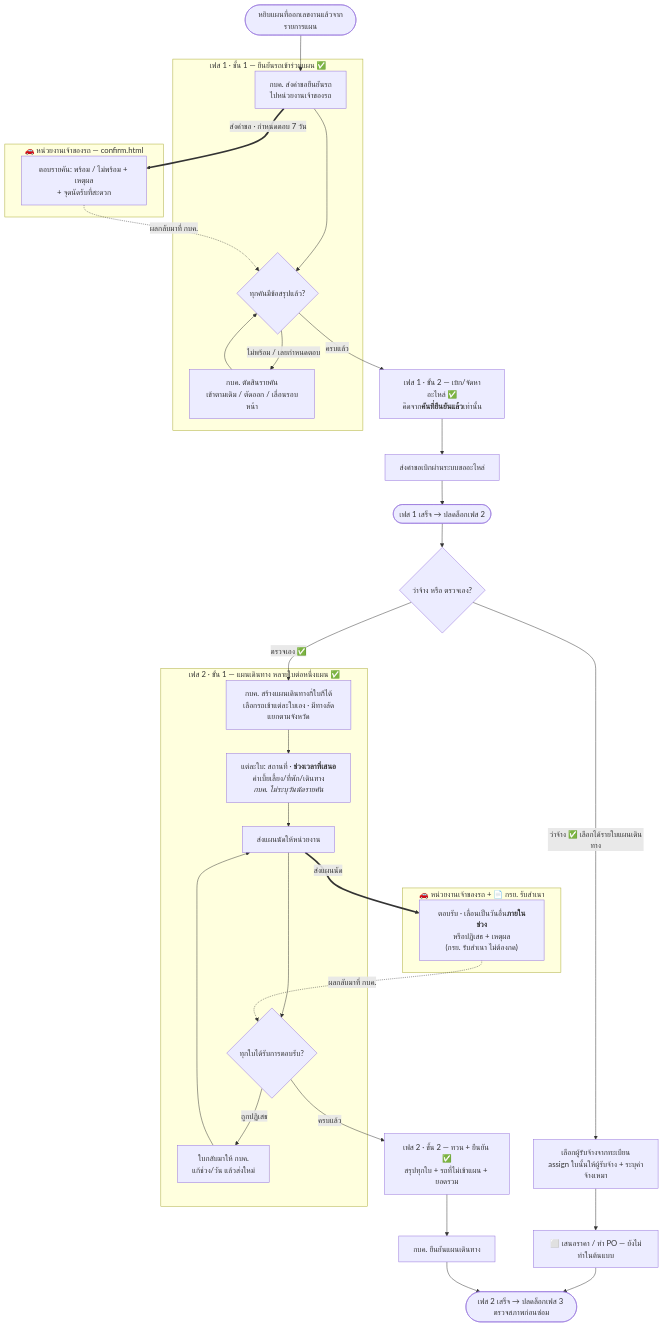
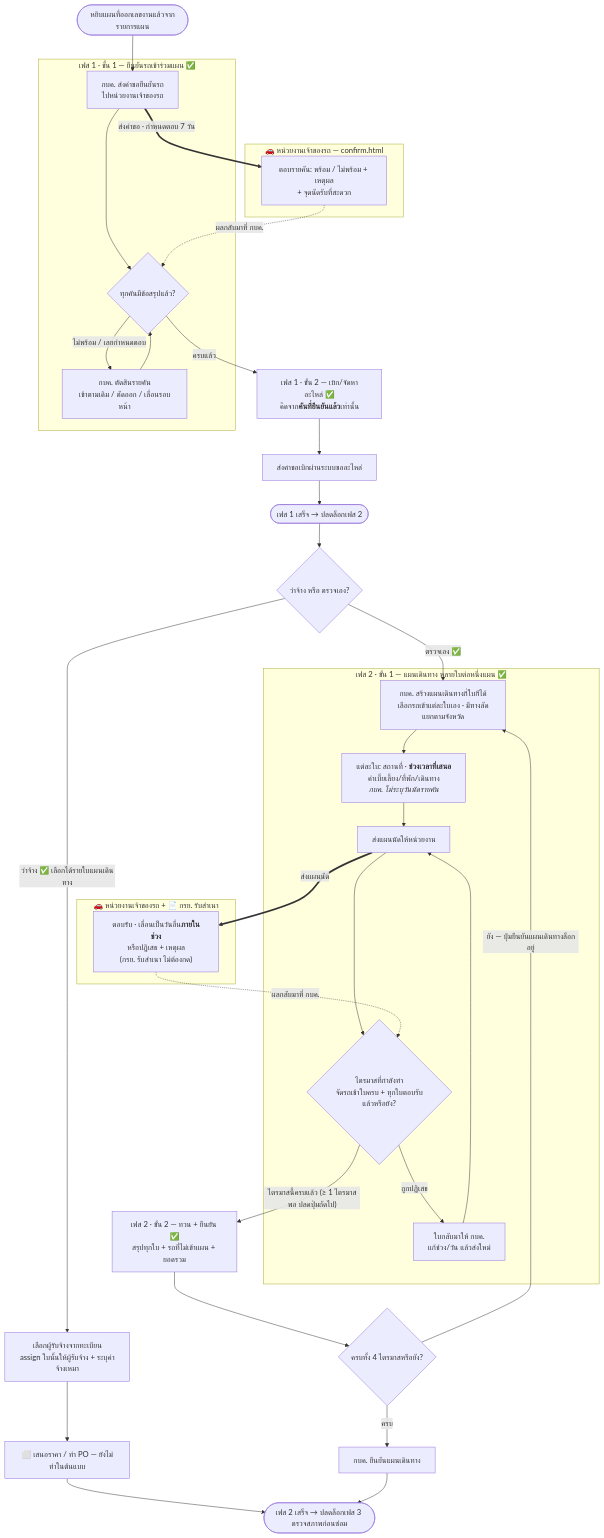
The diagram in Diagram/01-บำรุงรักษาตามวาระ/02-เฟส1-ยืนยันรถ-เบิกจัดหา-แผนเดินทาง.md (anugmail/Maintenance-Request-Form), drawn with Mermaid before and after one commit. The commit also changed other lines of this file and 14 other files, not shown here.

````diff
--- a/Diagram/01-บำรุงรักษาตามวาระ/02-เฟส1-ยืนยันรถ-เบิกจัดหา-แผนเดินทาง.md
+++ b/Diagram/01-บำรุงรักษาตามวาระ/02-เฟส1-ยืนยันรถ-เบิกจัดหา-แผนเดินทาง.md
@@ -44,45 +44,47 @@
 ```mermaid
 flowchart TB
     S(["หยิบแผนที่ออกเลขงานแล้วจากรายการแผน"]) --> V1[กบค. ส่งคำขอยืนยันรถ<br/>ไปหน่วยงานเจ้าของรถ]
 
     subgraph CONF["เฟส 1 · ขั้น 1 — ยืนยันรถเข้าร่วมแผน ✅"]
         V1 --> V2{ทุกคันมีข้อสรุปแล้ว?}
         V2 -->|"ไม่พร้อม / เลยกำหนดตอบ"| V3["กบค. ตัดสินรายคัน<br/>เข้าตามเดิม / ตัดออก / เลื่อนรอบหน้า"]
         V3 --> V2
     end
 
     subgraph SRC1["🚗 หน่วยงานเจ้าของรถ — confirm.html"]
         R1["ตอบรายคัน: พร้อม / ไม่พร้อม + เหตุผล<br/>+ จุดนัดรับที่สะดวก"]
     end
 
     V1 ==>|"ส่งคำขอ · กำหนดตอบ 7 วัน"| R1
     R1 -.->|"ผลกลับมาที่ กบค."| V2
 
     V2 -->|ครบแล้ว| P1[เฟส 1 · ขั้น 2 — เบิก/จัดหาอะไหล่ ✅<br/>คิดจาก<b>คันที่ยืนยันแล้ว</b>เท่านั้น]
     P1 --> P2[ส่งคำขอเบิกผ่านระบบขออะไหล่]
     P2 --> PE([เฟส 1 เสร็จ → ปลดล็อกเฟส 2])
 
     PE --> D{ว่าจ้าง หรือ ตรวจเอง?}
     D -->|"ว่าจ้าง ✅ เลือกได้รายใบแผนเดินทาง"| A1["เลือกผู้รับจ้างจากทะเบียน<br/>assign ใบนั้นให้ผู้รับจ้าง + ระบุค่าจ้างเหมา"] --> A3["⬜ เสนอราคา / ทำ PO — ยังไม่ทำในต้นแบบ"] --> E
 
     D -->|"ตรวจเอง ✅"| T1
 
     subgraph TRIP["เฟส 2 · ขั้น 1 — แผนเดินทาง หลายใบต่อหนึ่งแผน ✅"]
         T1[กบค. สร้างแผนเดินทางกี่ใบก็ได้<br/>เลือกรถเข้าแต่ละใบเอง · มีทางลัดแยกตามจังหวัด]
         T1 --> T2[แต่ละใบ: สถานที่ · <b>ช่วงเวลาที่เสนอ</b><br/>ค่าเบี้ยเลี้ยง/ที่พัก/เดินทาง<br/><i>กบค. ไม่ระบุวันนัดรายคัน</i>]
         T2 --> T3[ส่งแผนนัดให้หน่วยงาน]
-        T3 --> T4{ทุกใบได้รับการตอบรับ?}
+        T3 --> T4{"ไตรมาสที่กำลังทำ<br/>จัดรถเข้าใบครบ + ทุกใบตอบรับแล้วหรือยัง?"}
         T4 -->|"ถูกปฏิเสธ"| T5[ใบกลับมาให้ กบค.<br/>แก้ช่วง/วัน แล้วส่งใหม่] --> T3
     end
 
     subgraph SRC2["🚗 หน่วยงานเจ้าของรถ + 📄 กรย. รับสำเนา"]
         R2["ตอบรับ · เลื่อนเป็นวันอื่น<b>ภายในช่วง</b><br/>หรือปฏิเสธ + เหตุผล<br/>(กรย. รับสำเนา ไม่ต้องกด)"]
     end
 
     T3 ==>|"ส่งแผนนัด"| R2
     R2 -.->|"ผลกลับมาที่ กบค."| T4
 
-    T4 -->|ครบแล้ว| C1[เฟส 2 · ขั้น 2 — ทวน + ยืนยัน ✅<br/>สรุปทุกใบ + รถที่ไม่เข้าแผน + ยอดรวม]
-    C1 --> C2[กบค. ยืนยันแผนเดินทาง]
+    T4 -->|"ไตรมาสนี้ครบแล้ว (≥ 1 ไตรมาสพอ ปลดปุ่มถัดไป)"| C1[เฟส 2 · ขั้น 2 — ทวน + ยืนยัน ✅<br/>สรุปทุกใบ + รถที่ไม่เข้าแผน + ยอดรวม]
+    C1 --> C1B{ครบทั้ง 4 ไตรมาสหรือยัง?}
+    C1B -->|"ยัง — ปุ่มยืนยันแผนเดินทางล็อกอยู่"| T1
+    C1B -->|"ครบ"| C2[กบค. ยืนยันแผนเดินทาง]
     C2 --> E([เฟส 2 เสร็จ → ปลดล็อกเฟส 3 ตรวจสภาพก่อนซ่อม])
 ```
````
